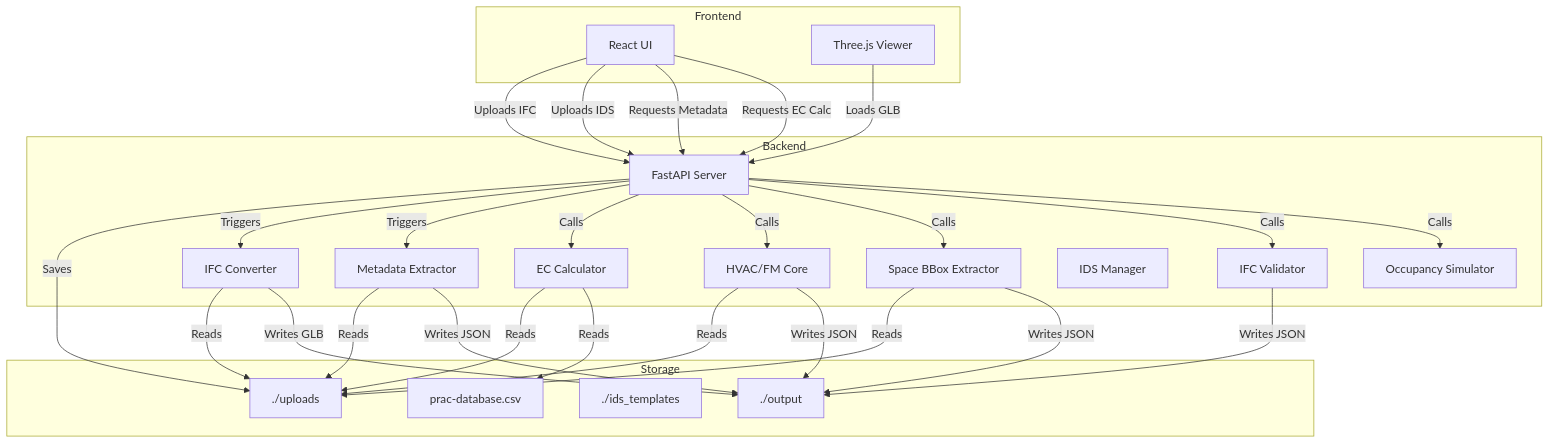
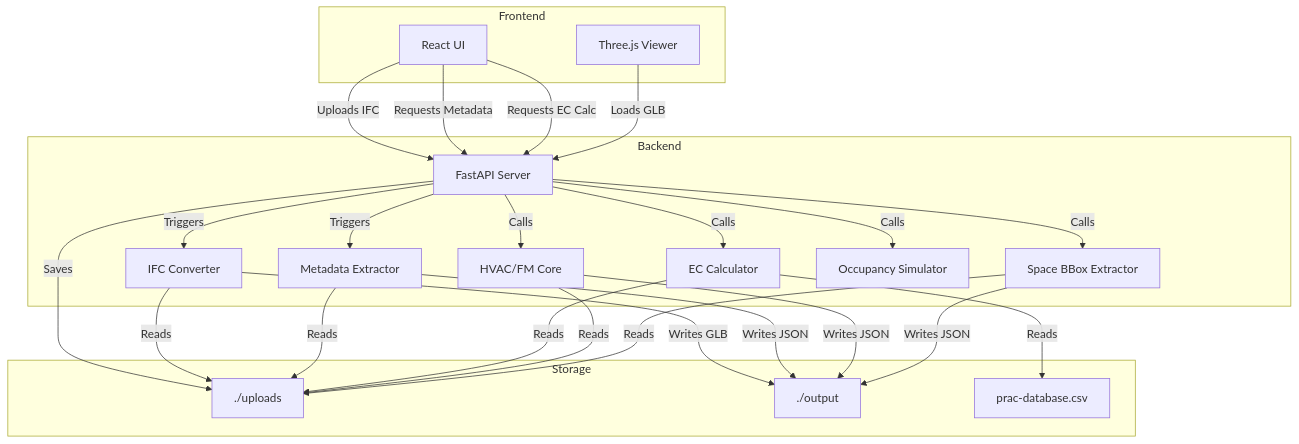
Before and after one commit to Naveendinula/DigitalTwin: the second of 2 diagrams in ARCHITECTURE.md, drawn with Mermaid. The commit also changed other lines of this file and 32 other files, not shown here.

````diff
--- a/ARCHITECTURE.md
+++ b/ARCHITECTURE.md
@@ -120,58 +105,51 @@
 ```mermaid
 graph TB
     subgraph Frontend
         UI["React UI"]
         Viewer["Three.js Viewer"]
     end
 
     subgraph Backend
         Server["FastAPI Server"]
         Converter["IFC Converter"]
         Extractor["Metadata Extractor"]
         ECCore["EC Calculator"]
         HvacCore["HVAC/FM Core"]
         SpaceBBox["Space BBox Extractor"]
-        Validator["IFC Validator"]
-        IDSMgr["IDS Manager"]
         OccSim["Occupancy Simulator"]
     end
 
     subgraph Storage
         Uploads["./uploads"]
         Outputs["./output"]
-        IDSTemplates["./ids_templates"]
         ECDB["prac-database.csv"]
     end
 
     UI -->|Uploads IFC| Server
-    UI -->|Uploads IDS| Server
     UI -->|Requests Metadata| Server
     UI -->|Requests EC Calc| Server
     Viewer -->|Loads GLB| Server
 
     Server -->|Saves| Uploads
     Server -->|Triggers| Converter
     Server -->|Triggers| Extractor
     Server -->|Calls| ECCore
     Server -->|Calls| HvacCore
     Server -->|Calls| SpaceBBox
-    Server -->|Calls| Validator
     Server -->|Calls| OccSim
 
     Converter -->|Reads| Uploads
     Converter -->|Writes GLB| Outputs
 
     Extractor -->|Reads| Uploads
     Extractor -->|Writes JSON| Outputs
 
     ECCore -->|Reads| Uploads
     ECCore -->|Reads| ECDB
 
     HvacCore -->|Reads| Uploads
     HvacCore -->|Writes JSON| Outputs
 
     SpaceBBox -->|Reads| Uploads
     SpaceBBox -->|Writes JSON| Outputs
-
-    Validator -->|Writes JSON| Outputs
 ```
````
